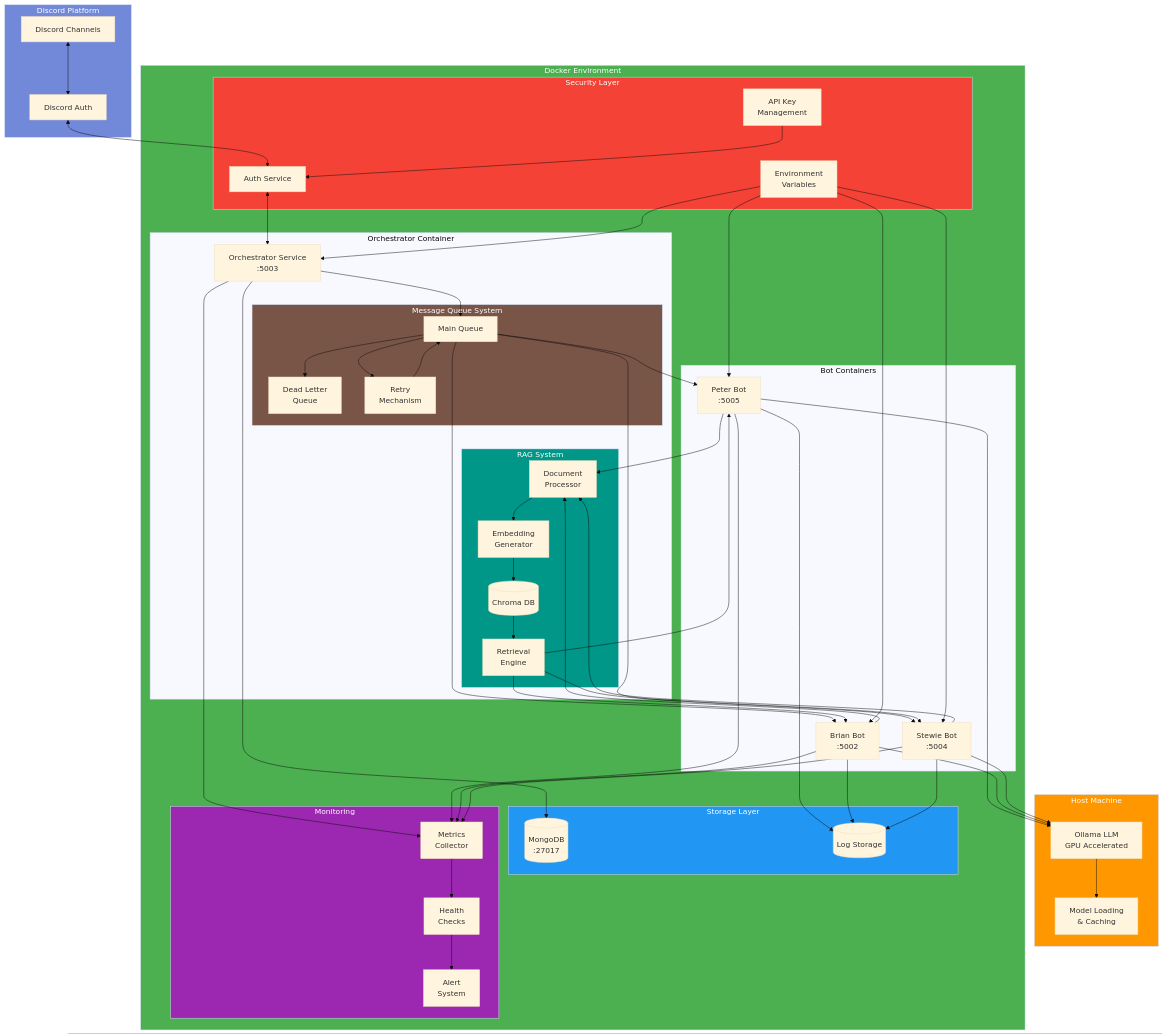
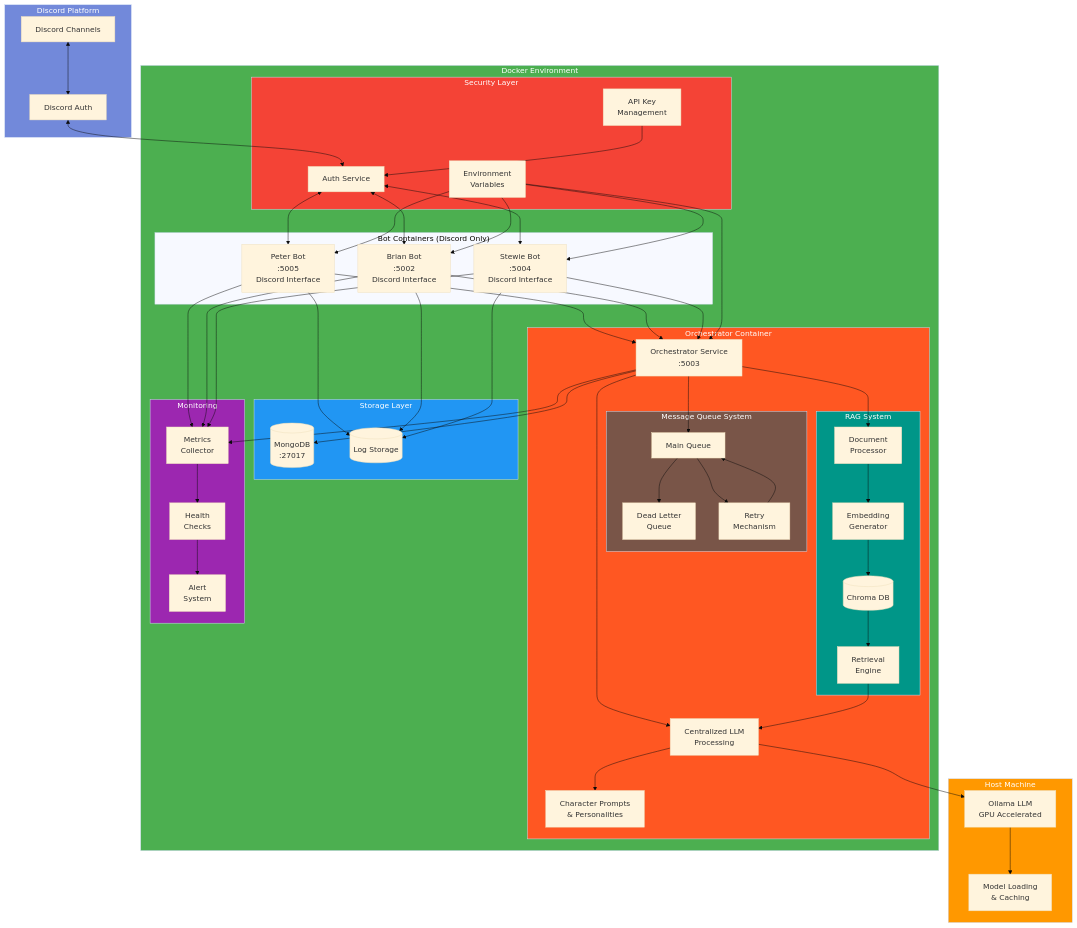
One commit to DapeSec/Discord-PG-Bot changed the diagram in README.md. Above: the diagram before and after it, drawn with Mermaid (base theme). The commit also changed other lines of this file and 20 other files, not shown here.

````diff
--- a/README.md
+++ b/README.md
@@ -37,6 +38,8 @@
 
         subgraph Orchestrator["Orchestrator Container"]
             OS[Orchestrator Service<br>:5003]
+            CL[Centralized LLM<br>Processing]
+            CP[Character Prompts<br>& Personalities]
             
             subgraph Queue["Message Queue System"]
                 Q[Main Queue]
@@ -52,10 +55,10 @@
             end
         end
 
-        subgraph Bots["Bot Containers"]
-            PB[Peter Bot<br>:5005]
-            BB[Brian Bot<br>:5002]
-            SB[Stewie Bot<br>:5004]
+        subgraph Bots["Bot Containers (Discord Only)"]
+            PB[Peter Bot<br>:5005<br>Discord Interface]
+            BB[Brian Bot<br>:5002<br>Discord Interface]
+            SB[Stewie Bot<br>:5004<br>Discord Interface]
         end
 
         subgraph Storage["Storage Layer"]
@@ -72,25 +75,24 @@
 
     DC <--> DAuth
     DAuth <--> Auth
-    Auth <--> OS
+    Auth <--> PB & BB & SB
+    
+    PB & BB & SB --> OS
+    OS --> CL
+    CL --> CP
+    CL --> OL
+    OL --> ML
     
     OS --> Q
     Q --> Retry
     Retry --> Q
     Q --> DLQ
     
-    Q --> PB
-    Q --> BB
-    Q --> SB
-    
-    PB & BB & SB --> Doc
+    OS --> Doc
     Doc --> Emb
     Emb --> VDB
     VDB --> Ret
-    Ret --> PB & BB & SB
-    
-    PB & BB & SB --> OL
-    OL --> ML
+    Ret --> CL
     
     OS --> MDB
     PB & BB & SB --> Log
@@ -110,4 +112,5 @@
     style Monitor fill:#9C27B0,color:white
     style Queue fill:#795548,color:white
     style RAG fill:#009688,color:white
+    style Orchestrator fill:#FF5722,color:white
 ```
````
